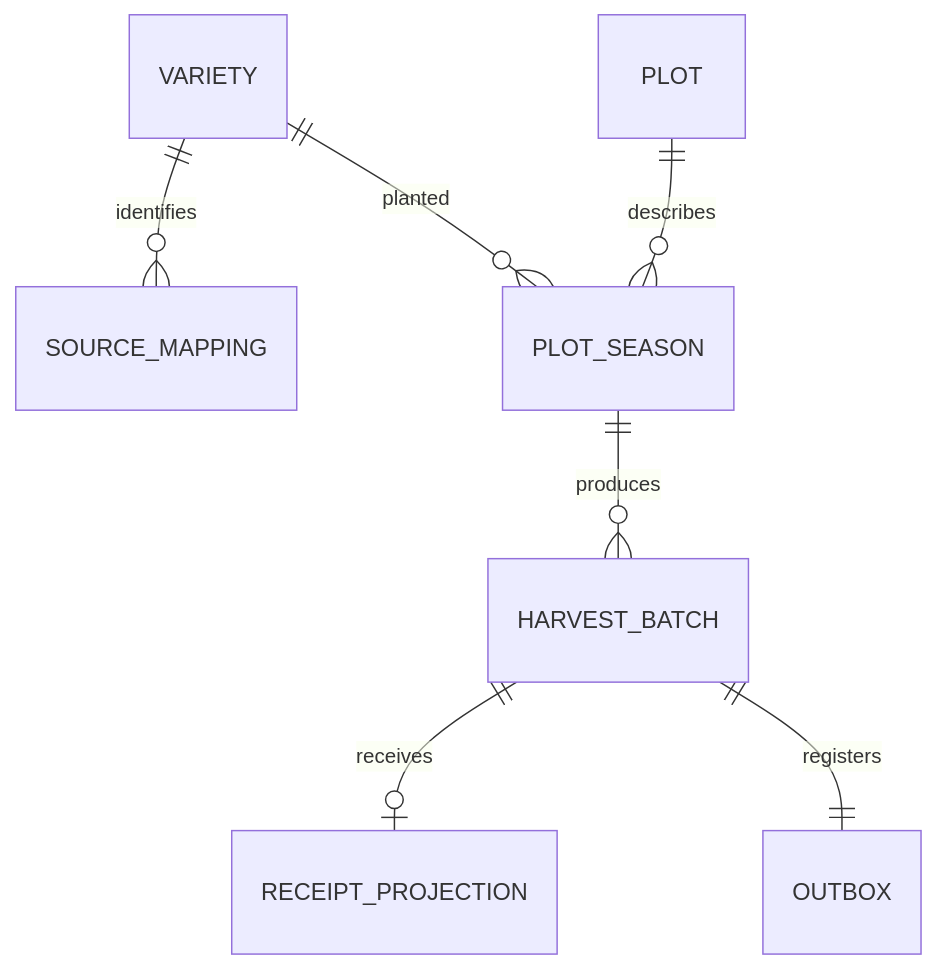
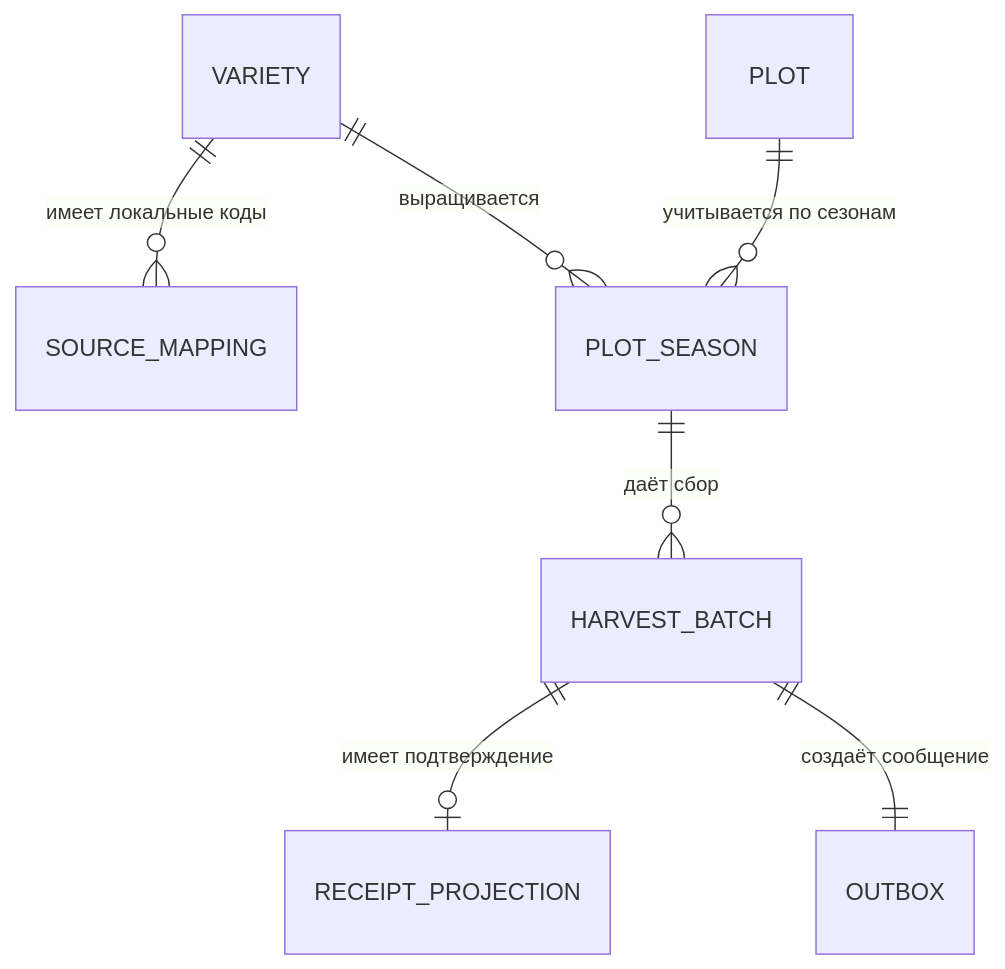
Before and after one commit to spicerrr/sa-portfolio: the diagram in agritech/docs/data-model.md, drawn with Mermaid. The commit also changed other lines of this file and 29 other files, not shown here.

````diff
--- a/agritech/docs/data-model.md
+++ b/agritech/docs/data-model.md
@@ -23,9 +26,9 @@
 ```mermaid
 erDiagram
-    VARIETY ||--o{ SOURCE_MAPPING : identifies
-    VARIETY ||--o{ PLOT_SEASON : planted
-    PLOT ||--o{ PLOT_SEASON : describes
-    PLOT_SEASON ||--o{ HARVEST_BATCH : produces
-    HARVEST_BATCH ||--o| RECEIPT_PROJECTION : receives
-    HARVEST_BATCH ||--|| OUTBOX : registers
+    VARIETY ||--o{ SOURCE_MAPPING : "имеет локальные коды"
+    VARIETY ||--o{ PLOT_SEASON : "выращивается"
+    PLOT ||--o{ PLOT_SEASON : "учитывается по сезонам"
+    PLOT_SEASON ||--o{ HARVEST_BATCH : "даёт сбор"
+    HARVEST_BATCH ||--o| RECEIPT_PROJECTION : "имеет подтверждение"
+    HARVEST_BATCH ||--|| OUTBOX : "создаёт сообщение"
 ```
````
